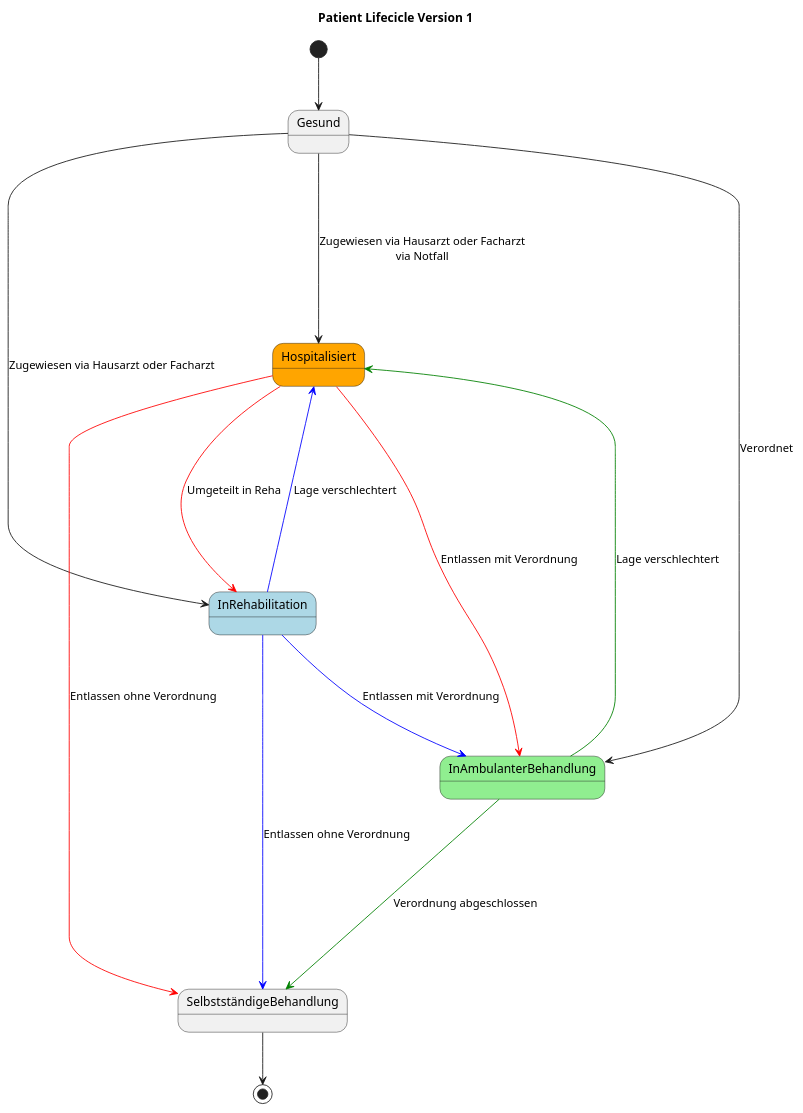
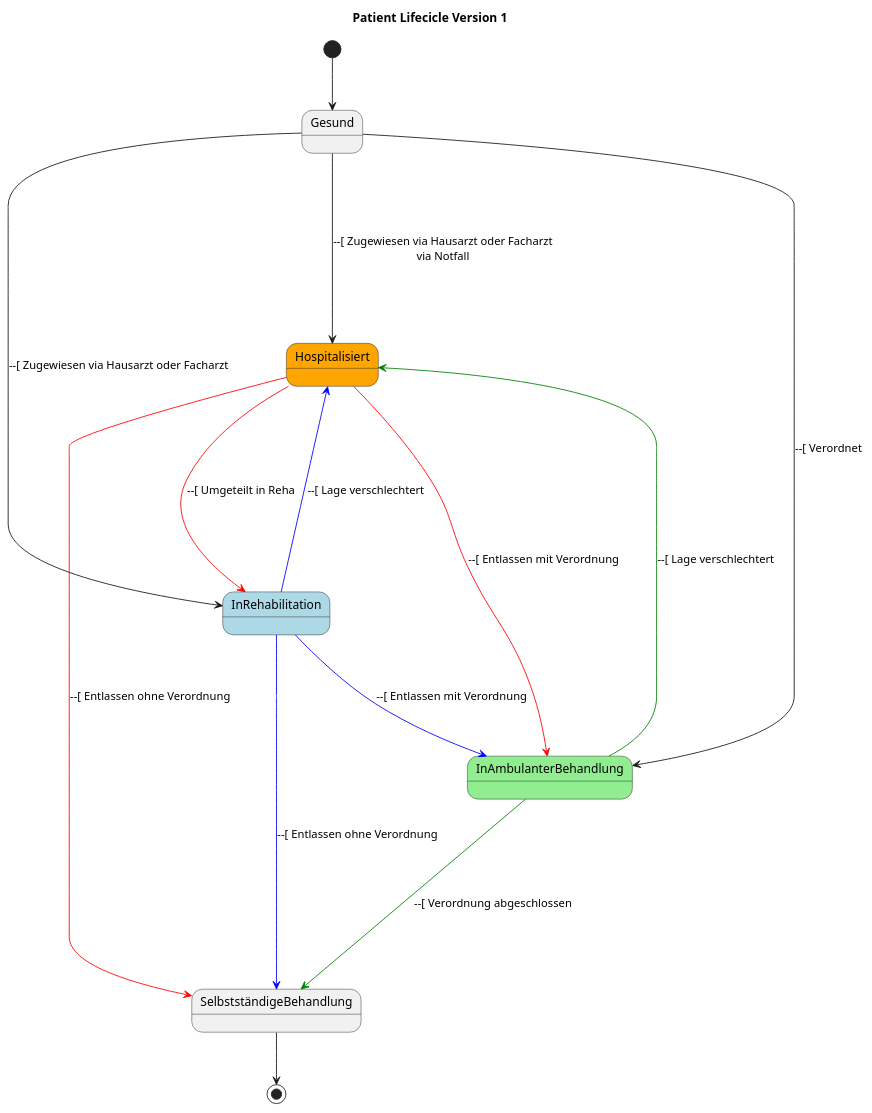
The diagram in arc42_documentation/additional_diagrams/life_cycle_patient.puml (markuskaufmann/CAS_SA_Transfer), drawn with PlantUML before and after one commit.

Commit message:
Added lines befor relationship text in UML to clarify association

```diff
--- a/arc42_documentation/additional_diagrams/life_cycle_patient.puml
+++ b/arc42_documentation/additional_diagrams/life_cycle_patient.puml
@@ -1,28 +1,28 @@
 @startuml Therapie Lifecicle
 title Patient Lifecicle Version 1
 
 State Gesund
 State Hospitalisiert #Orange
 State InAmbulanterBehandlung #LightGreen
 State InRehabilitation #LightBlue
 
 [*] --> Gesund
 
-Gesund ---->  Hospitalisiert : Zugewiesen via Hausarzt oder Facharzt\nvia Notfall
-Gesund ---->  InRehabilitation : Zugewiesen via Hausarzt oder Facharzt
-Gesund ---->  InAmbulanterBehandlung : Verordnet
+Gesund ---->  Hospitalisiert : --[ Zugewiesen via Hausarzt oder Facharzt\nvia Notfall
+Gesund ---->  InRehabilitation : --[ Zugewiesen via Hausarzt oder Facharzt
+Gesund ---->  InAmbulanterBehandlung : --[ Verordnet
 
-Hospitalisiert --[#Red]--> InRehabilitation : Umgeteilt in Reha
-Hospitalisiert --[#Red]--> InAmbulanterBehandlung : Entlassen mit Verordnung
-Hospitalisiert --[#Red]--> SelbstständigeBehandlung : Entlassen ohne Verordnung
+Hospitalisiert --[#Red]--> InRehabilitation : --[ Umgeteilt in Reha
+Hospitalisiert --[#Red]--> InAmbulanterBehandlung : --[ Entlassen mit Verordnung
+Hospitalisiert --[#Red]--> SelbstständigeBehandlung : --[ Entlassen ohne Verordnung
 
-InRehabilitation --[#Blue]-> InAmbulanterBehandlung : Entlassen mit Verordnung
-InRehabilitation --[#Blue]--> Hospitalisiert : Lage verschlechtert
-InRehabilitation --[#Blue]--> SelbstständigeBehandlung : Entlassen ohne Verordnung
+InRehabilitation --[#Blue]-> InAmbulanterBehandlung : --[ Entlassen mit Verordnung
+InRehabilitation --[#Blue]--> Hospitalisiert : --[ Lage verschlechtert
+InRehabilitation --[#Blue]--> SelbstständigeBehandlung : --[ Entlassen ohne Verordnung
 
-InAmbulanterBehandlung --[#Green]--> Hospitalisiert : Lage verschlechtert
-InAmbulanterBehandlung --[#Green]--> SelbstständigeBehandlung : Verordnung abgeschlossen
+InAmbulanterBehandlung --[#Green]--> Hospitalisiert : --[ Lage verschlechtert
+InAmbulanterBehandlung --[#Green]--> SelbstständigeBehandlung : --[ Verordnung abgeschlossen
 
 SelbstständigeBehandlung --> [*]
 
 @enduml
```
